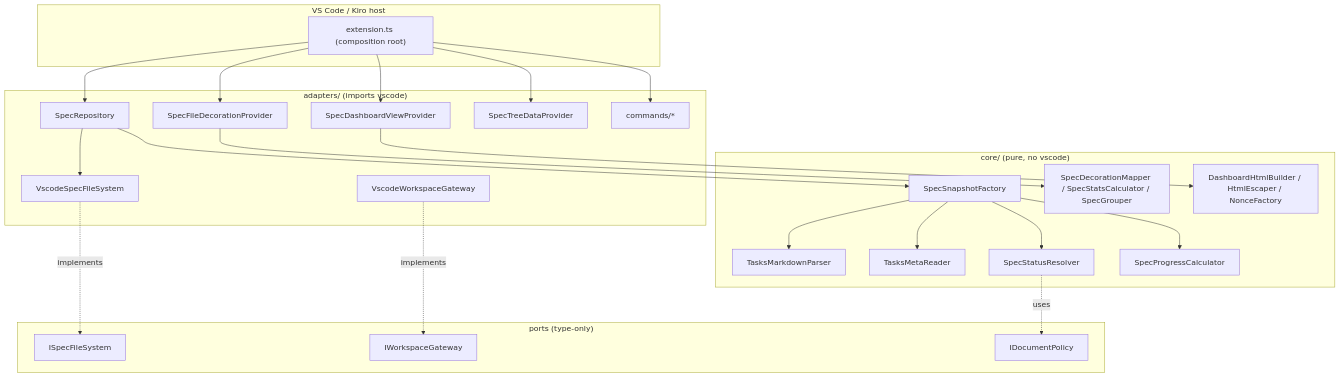
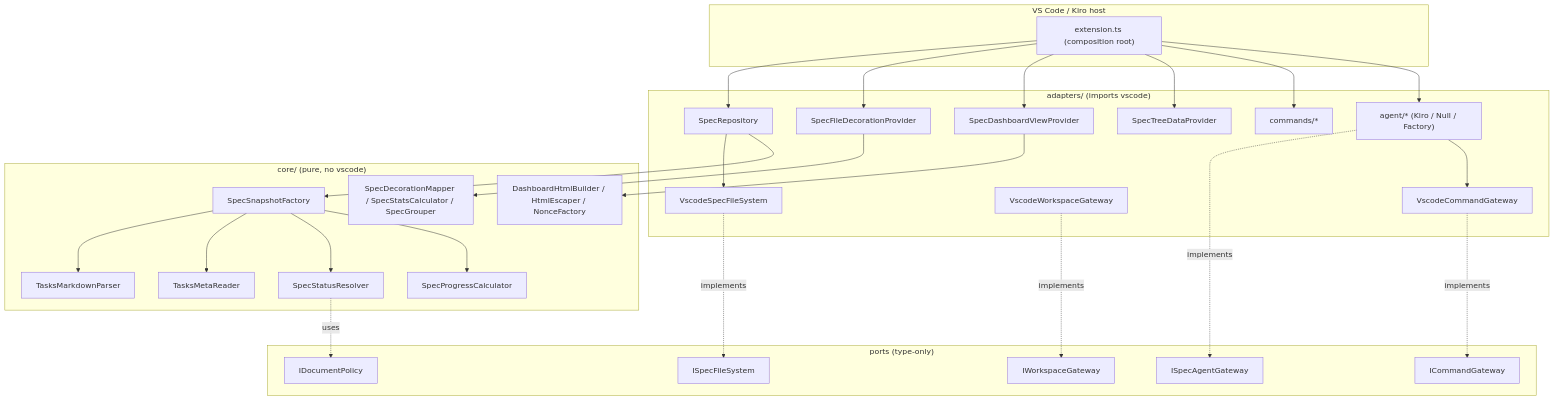
Before and after one commit to ducks-project/kirospectracker: the first of 4 diagrams in docs/architecture.md, drawn with Mermaid. The commit also changed other lines of this file and 4 other files, not shown here.

````diff
--- a/docs/architecture.md
+++ b/docs/architecture.md
@@ -29,49 +32,57 @@
 ```mermaid
 flowchart TD
   subgraph Host["VS Code / Kiro host"]
     EXT["extension.ts (composition root)"]
   end
 
   subgraph Adapters["adapters/ (imports vscode)"]
     REPO["SpecRepository"]
     DEC["SpecFileDecorationProvider"]
     DASH["SpecDashboardViewProvider"]
     TREE["SpecTreeDataProvider"]
     CMD["commands/*"]
     VFS["VscodeSpecFileSystem"]
     VWG["VscodeWorkspaceGateway"]
+    AGT["agent/* (Kiro / Null / Factory)"]
+    VCG["VscodeCommandGateway"]
   end
 
   subgraph Ports["ports (type-only)"]
     ISFS["ISpecFileSystem"]
     IWG["IWorkspaceGateway"]
     IDP["IDocumentPolicy"]
+    ISAG["ISpecAgentGateway"]
+    ICG["ICommandGateway"]
   end
 
   subgraph Core["core/ (pure, no vscode)"]
     PARSE["TasksMarkdownParser"]
     META["TasksMetaReader"]
     RES["SpecStatusResolver"]
     PROG["SpecProgressCalculator"]
     FACT["SpecSnapshotFactory"]
     MAPS["SpecDecorationMapper / SpecStatsCalculator / SpecGrouper"]
     HTML["DashboardHtmlBuilder / HtmlEscaper / NonceFactory"]
   end
 
   EXT --> REPO
   EXT --> DEC
   EXT --> DASH
   EXT --> TREE
   EXT --> CMD
   REPO --> VFS
   REPO --> FACT
   VFS -. implements .-> ISFS
   VWG -. implements .-> IWG
+  AGT -. implements .-> ISAG
+  VCG -. implements .-> ICG
+  EXT --> AGT
+  AGT --> VCG
   FACT --> PARSE
   FACT --> META
   FACT --> RES
   FACT --> PROG
   RES -. uses .-> IDP
   DEC --> MAPS
   DASH --> HTML
 ```
````
